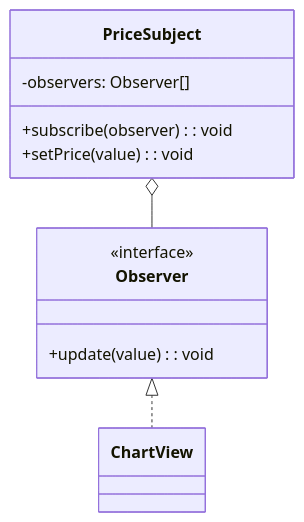
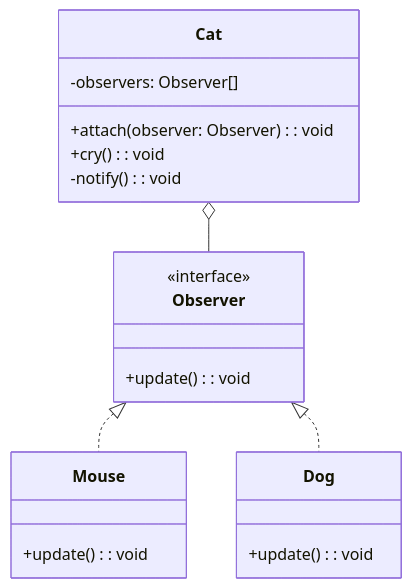
The second of 3 diagrams in content/Random/观察者模式.md (Akiyama-sama/Akiyama-blog), drawn with Mermaid before and after one commit. The commit also changed other lines of this file and 2 other files, not shown here.

````diff
--- a/content/Random/观察者模式.md
+++ b/content/Random/观察者模式.md
@@ -236,15 +253,22 @@
 ```mermaid
 classDiagram
     class Observer {
         <<interface>>
-        +update(value): void
+        +update(): void
     }
-    class PriceSubject {
+    class Cat {
         -observers: Observer[]
-        +subscribe(observer): void
-        +setPrice(value): void
+        +attach(observer: Observer): void
+        +cry(): void
+        -notify(): void
     }
-    class ChartView
-    Observer <|.. ChartView
-    PriceSubject o-- Observer
+    class Mouse {
+        +update(): void
+    }
+    class Dog {
+        +update(): void
+    }
+    Observer <|.. Mouse
+    Observer <|.. Dog
+    Cat o-- Observer
 ```
````
